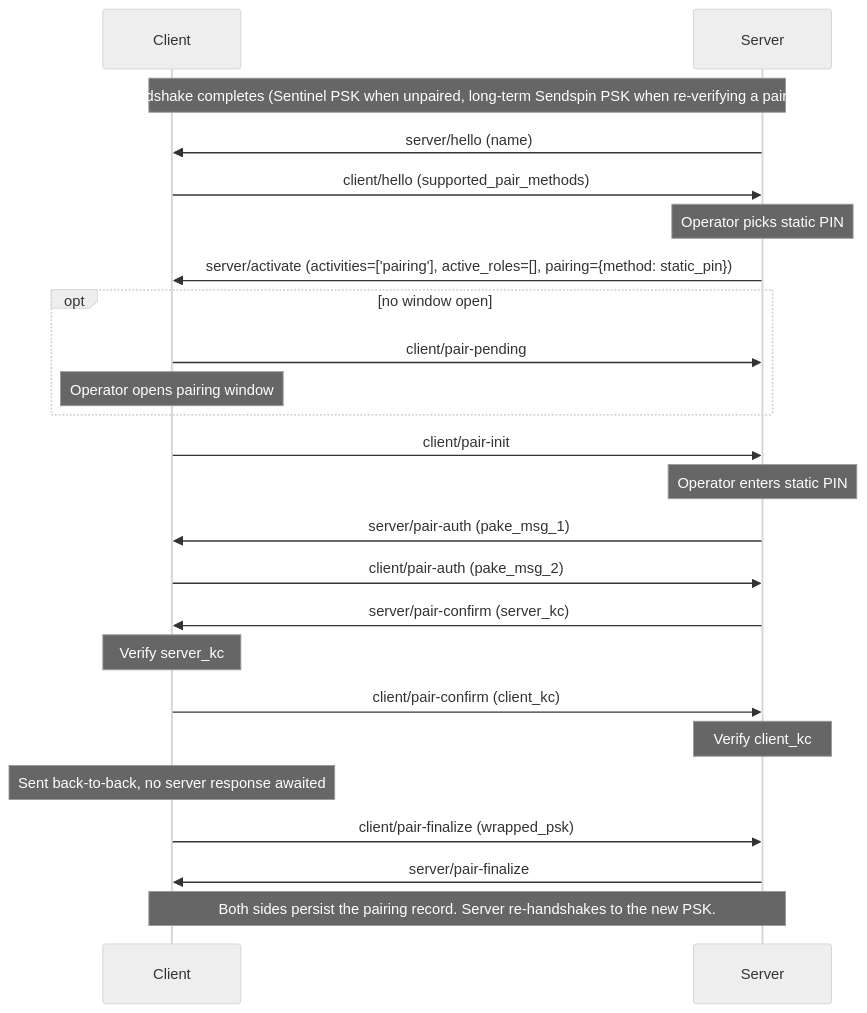
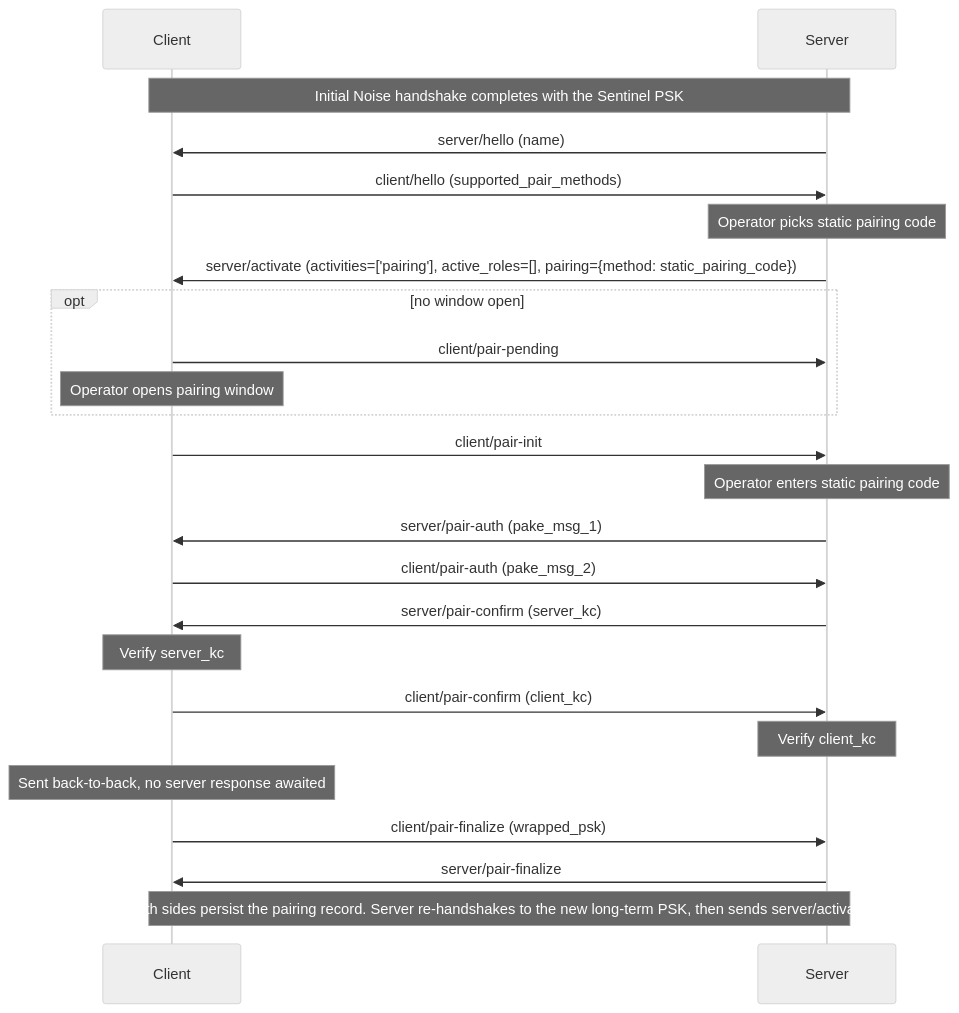
Before and after one commit to Sendspin/sendspin-audio.com: the fourth of 4 diagrams in src/build/spec.md, drawn with Mermaid (neutral theme). The commit also changed other lines of this file and 2 other files, not shown here.

````diff
--- a/src/build/spec.md
+++ b/src/build/spec.md
@@ -913,28 +992,28 @@
 ```mermaid
 sequenceDiagram
     participant Client
     participant Server
 
-    Note over Client,Server: Noise handshake completes (Sentinel PSK when unpaired, long-term Sendspin PSK when re-verifying a paired device)
+    Note over Client,Server: Initial Noise handshake completes with the Sentinel PSK
 
     Server->>Client: server/hello (name)
     Client->>Server: client/hello (supported_pair_methods)
-    Note over Server: Operator picks static PIN
-    Server->>Client: server/activate (activities=['pairing'], active_roles=[], pairing={method: static_pin})
+    Note over Server: Operator picks static pairing code
+    Server->>Client: server/activate (activities=['pairing'], active_roles=[], pairing={method: static_pairing_code})
     opt no window open
         Client->>Server: client/pair-pending
         Note over Client: Operator opens pairing window
     end
     Client->>Server: client/pair-init
-    Note over Server: Operator enters static PIN
+    Note over Server: Operator enters static pairing code
     Server->>Client: server/pair-auth (pake_msg_1)
     Client->>Server: client/pair-auth (pake_msg_2)
     Server->>Client: server/pair-confirm (server_kc)
     Note over Client: Verify server_kc
     Client->>Server: client/pair-confirm (client_kc)
     Note over Server: Verify client_kc
     Note over Client: Sent back-to-back, no server response awaited
     Client->>Server: client/pair-finalize (wrapped_psk)
     Server->>Client: server/pair-finalize
-    Note over Client,Server: Both sides persist the pairing record. Server re-handshakes to the new PSK.
+    Note over Client,Server: Both sides persist the pairing record. Server re-handshakes to the new long-term PSK, then sends server/activate.
 ```
````
